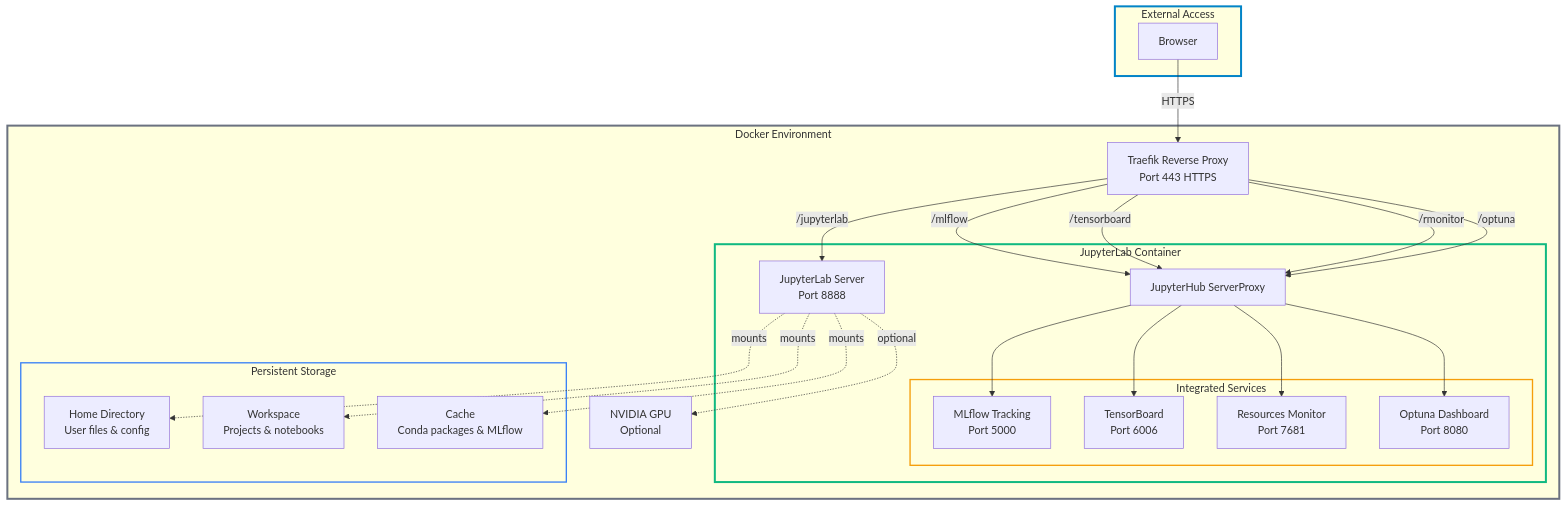
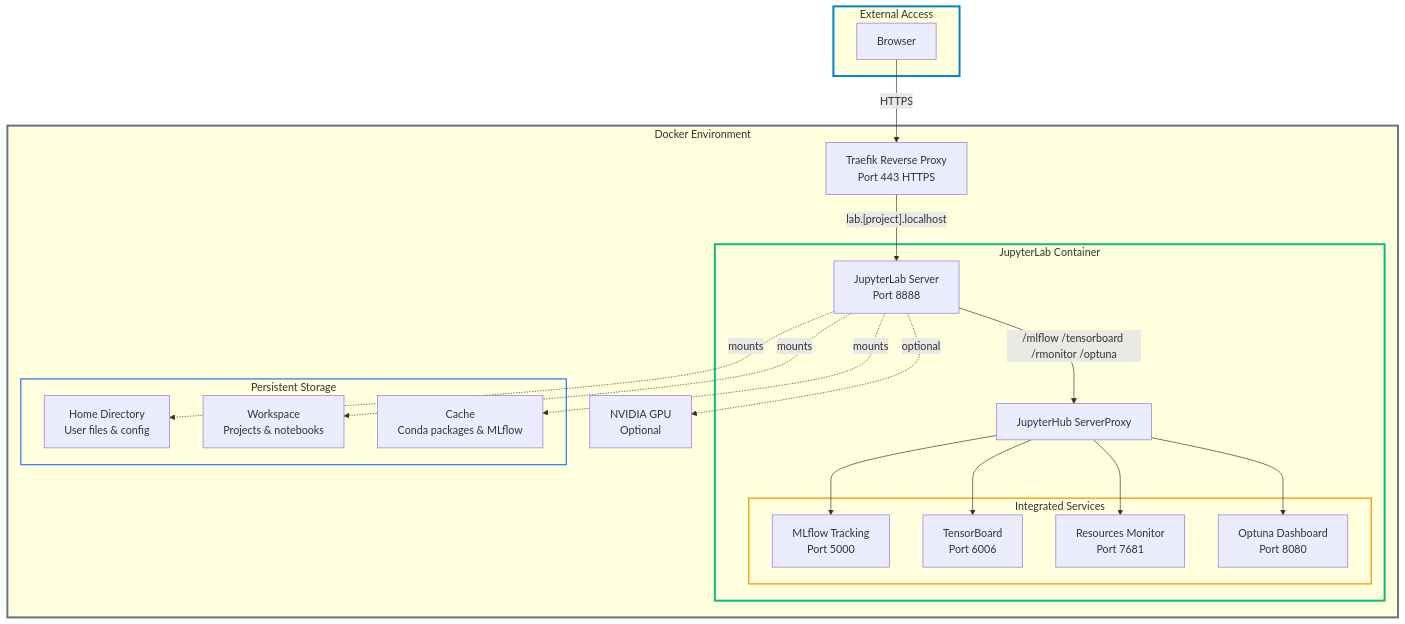
The first of 2 diagrams in README.md (stellarshenson/stellars-jupyterlab-ds), drawn with Mermaid before and after one commit. The commit also changed other lines of this file and 18 other files, not shown here.

````diff
--- a/README.md
+++ b/README.md
@@ -103,54 +103,51 @@
 ```mermaid
 graph TB
     subgraph External["External Access"]
         Browser[Browser]
     end
 
     subgraph Docker["Docker Environment"]
         Traefik[Traefik Reverse Proxy<br/>Port 443 HTTPS]
 
         subgraph JupyterLab["JupyterLab Container"]
             JLServer[JupyterLab Server<br/>Port 8888]
             ServerProxy[JupyterHub ServerProxy]
 
             subgraph Services["Integrated Services"]
                 MLflow[MLflow Tracking<br/>Port 5000]
                 TensorBoard[TensorBoard<br/>Port 6006]
                 ResourcesMonitor[Resources Monitor<br/>Port 7681]
                 Optuna[Optuna Dashboard<br/>Port 8080]
             end
         end
 
         subgraph Volumes["Persistent Storage"]
             VolHome[Home Directory<br/>User files & config]
             VolWorkspace[Workspace<br/>Projects & notebooks]
             VolCache[Cache<br/>Conda packages & MLflow]
         end
 
         GPU[NVIDIA GPU<br/>Optional]
     end
 
     Browser -->|HTTPS| Traefik
-    Traefik -->|/jupyterlab| JLServer
-    Traefik -->|/mlflow| ServerProxy
-    Traefik -->|/tensorboard| ServerProxy
-    Traefik -->|/rmonitor| ServerProxy
-    Traefik -->|/optuna| ServerProxy
+    Traefik -->|"lab.[project].localhost"| JLServer
+    JLServer -->|"/mlflow /tensorboard /rmonitor /optuna"| ServerProxy
 
     ServerProxy --> MLflow
     ServerProxy --> TensorBoard
     ServerProxy --> ResourcesMonitor
     ServerProxy --> Optuna
 
     JLServer -.->|mounts| VolHome
     JLServer -.->|mounts| VolWorkspace
     JLServer -.->|mounts| VolCache
 
     JLServer -.->|optional| GPU
 
     style External stroke:#0284c7,stroke-width:3px
     style Docker stroke:#6b7280,stroke-width:3px
     style JupyterLab stroke:#10b981,stroke-width:3px
     style Services stroke:#f59e0b,stroke-width:2px
     style Volumes stroke:#3b82f6,stroke-width:2px
 ```
````
